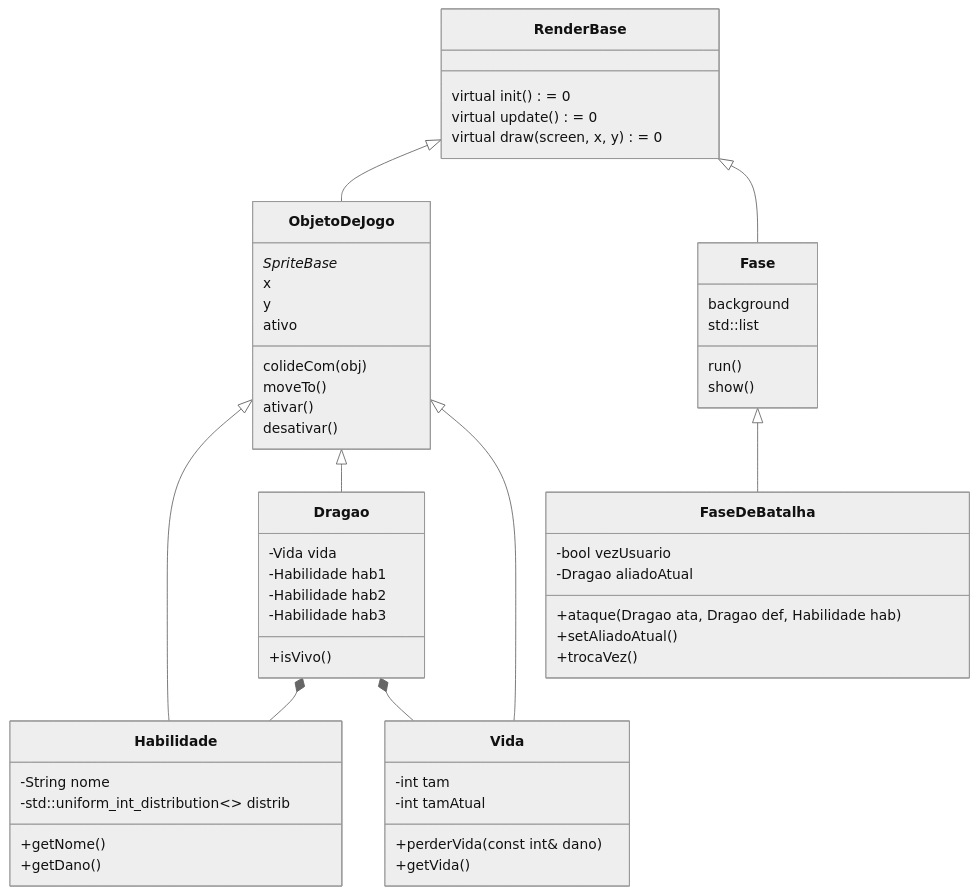
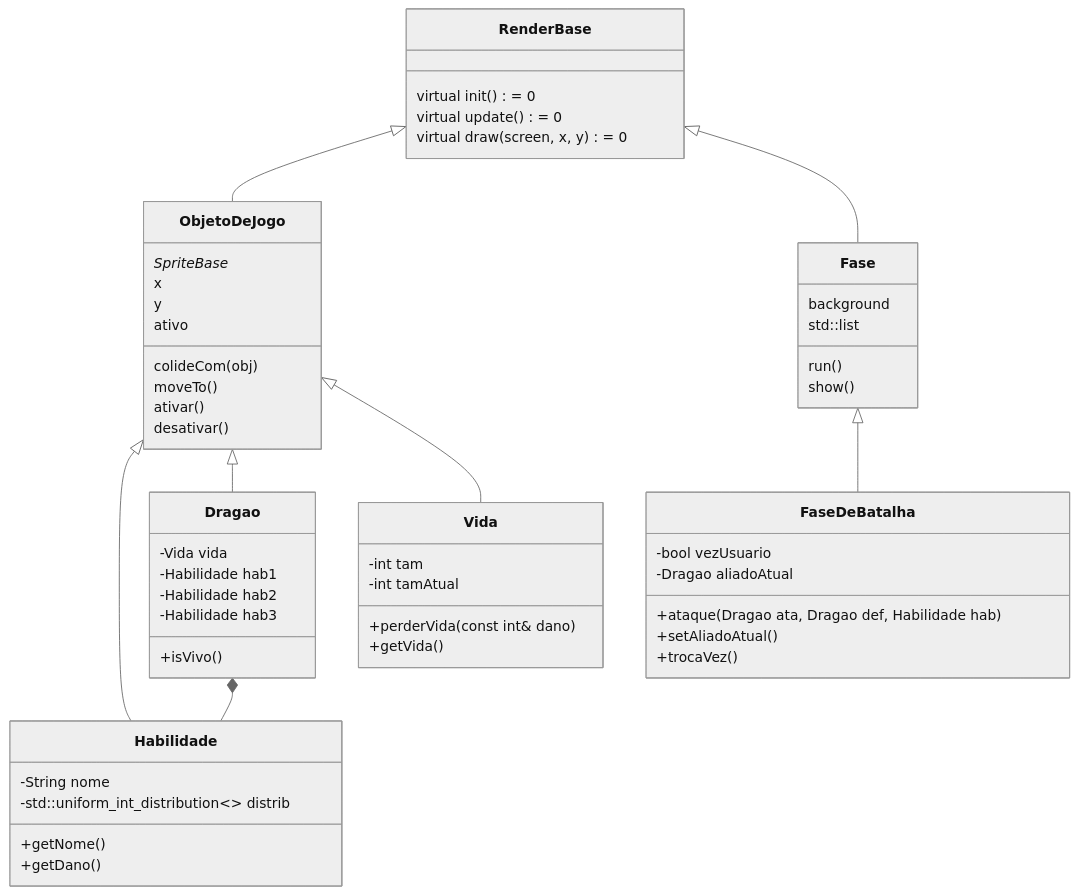
One commit to JeffersonAmorimdaCosta/projeto_poo changed the diagram in uml.md. Above: the diagram before and after it, drawn with Mermaid (neutral theme). The commit also changed 5 other files, not shown here.

````diff
--- a/uml.md
+++ b/uml.md
@@ -1,69 +1,68 @@
 ```mermaid
 classDiagram
     class RenderBase {
         virtual init() = 0
         virtual update() = 0
         virtual draw(screen, x, y) = 0
     }
 
     class ObjetoDeJogo {
         SpriteBase*
         x
         y
         ativo
         colideCom(obj)
         moveTo()
         ativar()
         desativar()
     }
 
     class Fase {
         background
         std::list<ObjetoDeJogo*>
         run()
         show()
     }
 
     class Dragao {
         -Vida vida
         -Habilidade hab1
         -Habilidade hab2
         -Habilidade hab3
         +isVivo()
     }
 
     class Habilidade {
         -String nome
         -std::uniform_int_distribution<> distrib
         +getNome()
         +getDano()
     }
 
     class Vida {
         -int tam
         -int tamAtual
         +perderVida(const int& dano)
         +getVida()
     }
 
 
     class FaseDeBatalha {
         -bool vezUsuario
         -Dragao aliadoAtual
         +ataque(Dragao ata, Dragao def, Habilidade hab)   
         +setAliadoAtual()
         +trocaVez()
     }
 
     RenderBase <|-- ObjetoDeJogo
     RenderBase <|-- Fase
 
     ObjetoDeJogo <|-- Habilidade
     ObjetoDeJogo <|-- Dragao
     ObjetoDeJogo <|-- Vida
 
     Fase <|-- FaseDeBatalha
 
     Dragao *-- Habilidade
-    Dragao *-- Vida
 ```
````
